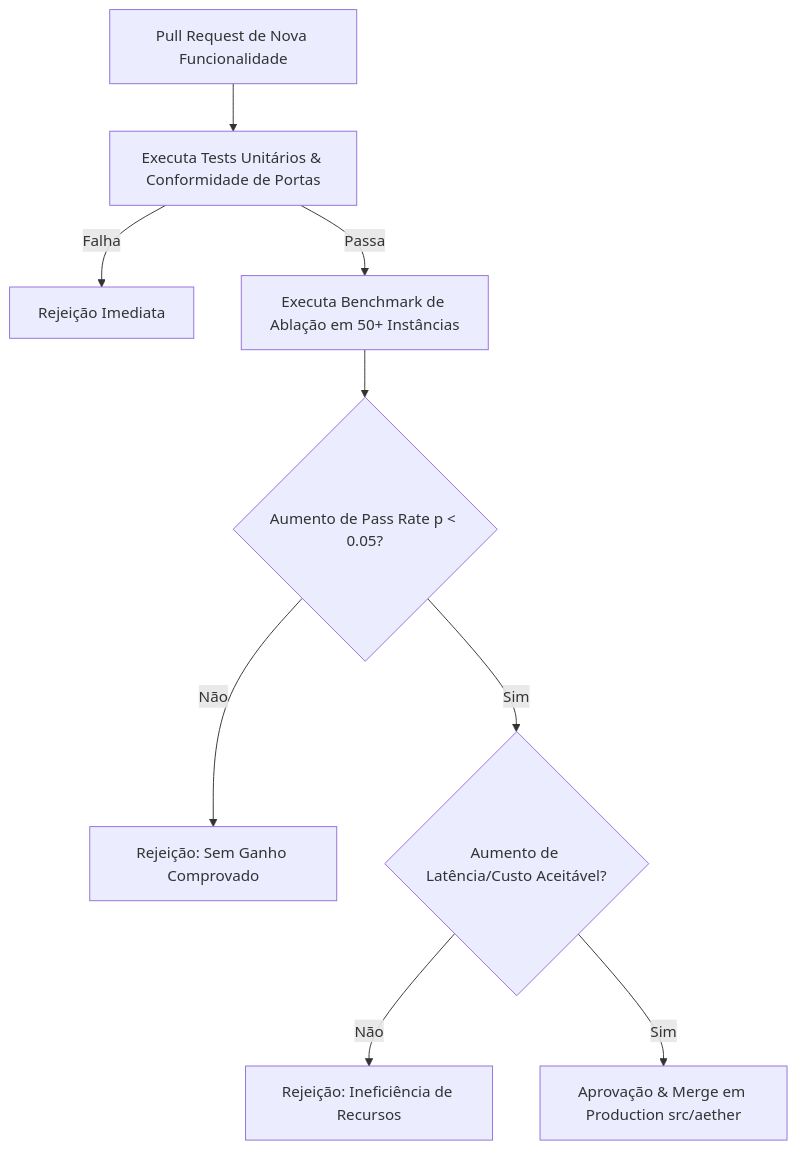
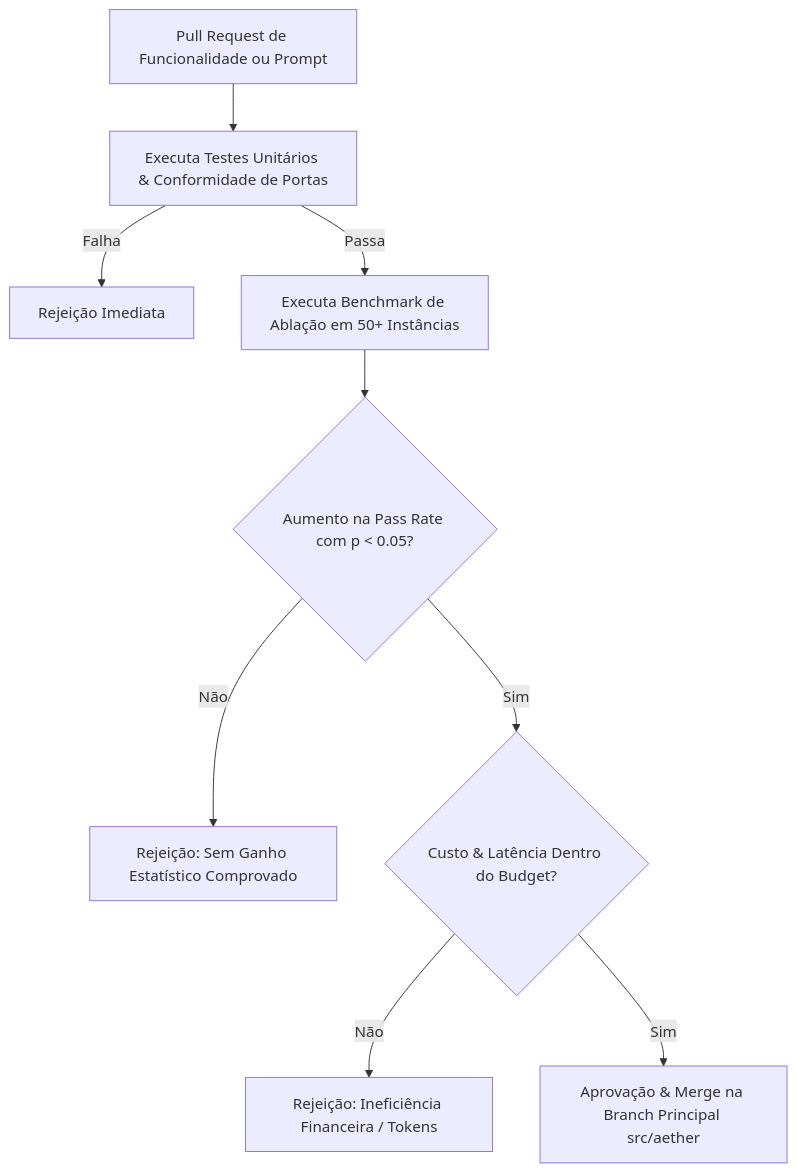
One commit to brainopensource/Harness-D-power changed the second of 2 diagrams in docs/rationale/rewrite_b/rewrite_v300_roadmap_sprints_B.md. Above: the diagram before and after it, drawn with Mermaid. The commit also changed other lines of this file and 13 other files, not shown here.

````diff
--- a/docs/rationale/rewrite_b/rewrite_v300_roadmap_sprints_B.md
+++ b/docs/rationale/rewrite_b/rewrite_v300_roadmap_sprints_B.md
@@ -123,11 +125,11 @@
 ```mermaid
 flowchart TD
-    PR[Pull Request de Nova Funcionalidade] --> TestSuite[Executa Tests Unitários & Conformidade de Portas]
-    TestSuite -->|Falha| Reject1[Rejeição Imediata]
-    TestSuite -->|Passa| AblationRun[Executa Benchmark de Ablação em 50+ Instâncias]
-    AblationRun --> CheckStats{Aumento de Pass Rate p < 0.05?}
-    CheckStats -->|Não| Reject2[Rejeição: Sem Ganho Comprovado]
-    CheckStats -->|Sim| CheckCost{Aumento de Latência/Custo Aceitável?}
-    CheckCost -->|Não| Reject3[Rejeição: Ineficiência de Recursos]
-    CheckCost -->|Sim| Merge[Aprovação & Merge em Production src/aether]
+    PR[Pull Request de Funcionalidade ou Prompt] --> UnitTests[Executa Testes Unitários & Conformidade de Portas]
+    UnitTests -->|Falha| Reject1[Rejeição Imediata]
+    UnitTests -->|Passa| AblationRun[Executa Benchmark de Ablação em 50+ Instâncias]
+    AblationRun --> CheckStats{Aumento na Pass Rate com p < 0.05?}
+    CheckStats -->|Não| Reject2[Rejeição: Sem Ganho Estatístico Comprovado]
+    CheckStats -->|Sim| CheckCost{Custo & Latência Dentro do Budget?}
+    CheckCost -->|Não| Reject3[Rejeição: Ineficiência Financeira / Tokens]
+    CheckCost -->|Sim| Merge[Aprovação & Merge na Branch Principal src/aether]
 ```
````
